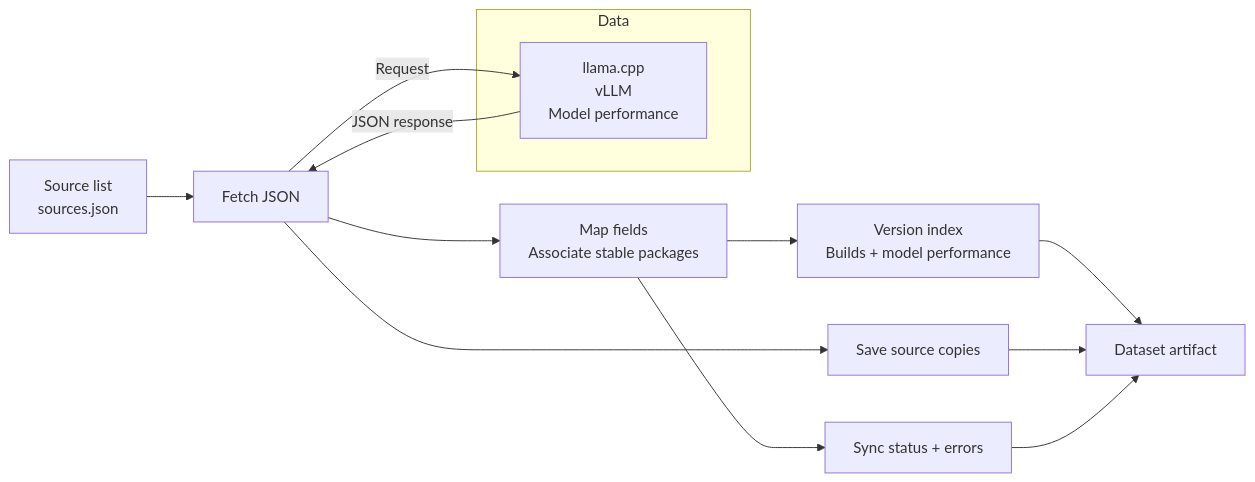
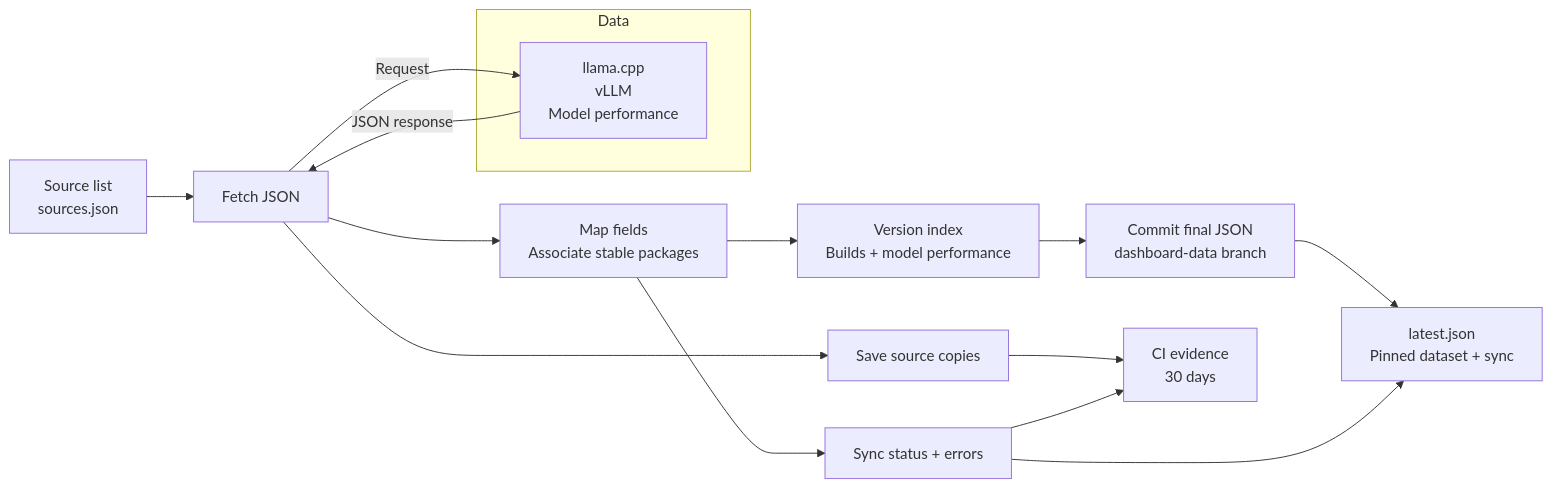
The first of 2 diagrams in docs/data-flow.md (lemonade-sdk/rocm-readiness), drawn with Mermaid before and after one commit. The commit also changed other lines of this file and 10 other files, not shown here.

Commit message:
Persist dashboard JSON and immutable pointers in a data branch

````diff
--- a/docs/data-flow.md
+++ b/docs/data-flow.md
@@ -15,16 +15,18 @@
 ```mermaid
 flowchart LR
     Config["Source list<br/>sources.json"] --> Fetch["Fetch JSON"]
     subgraph Data["Data"]
         Sources["llama.cpp<br/>vLLM<br/>Model performance"]
     end
     Fetch -->|Request| Sources
     Sources -->|JSON response| Fetch
     Fetch --> Map["Map fields<br/>Associate stable packages"]
     Map --> Output["Version index<br/>Builds + model performance"]
     Fetch --> Copies["Save source copies"]
-    Output --> Artifact["Dataset artifact"]
-    Copies --> Artifact
+    Output --> Publish["Commit final JSON<br/>dashboard-data branch"]
+    Publish --> Latest["latest.json<br/>Pinned dataset + sync"]
+    Copies --> Artifact["CI evidence<br/>30 days"]
     Map --> Sync["Sync status + errors"]
     Sync --> Artifact
+    Sync --> Latest
 ```
````
